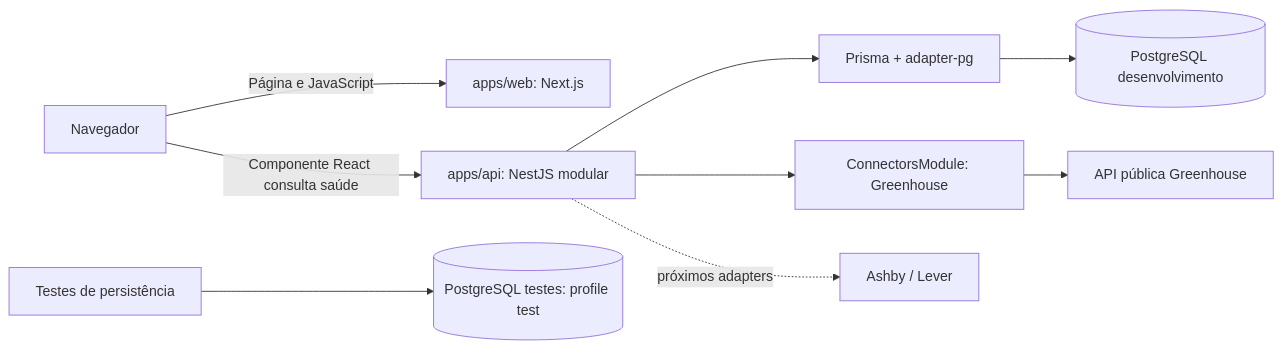
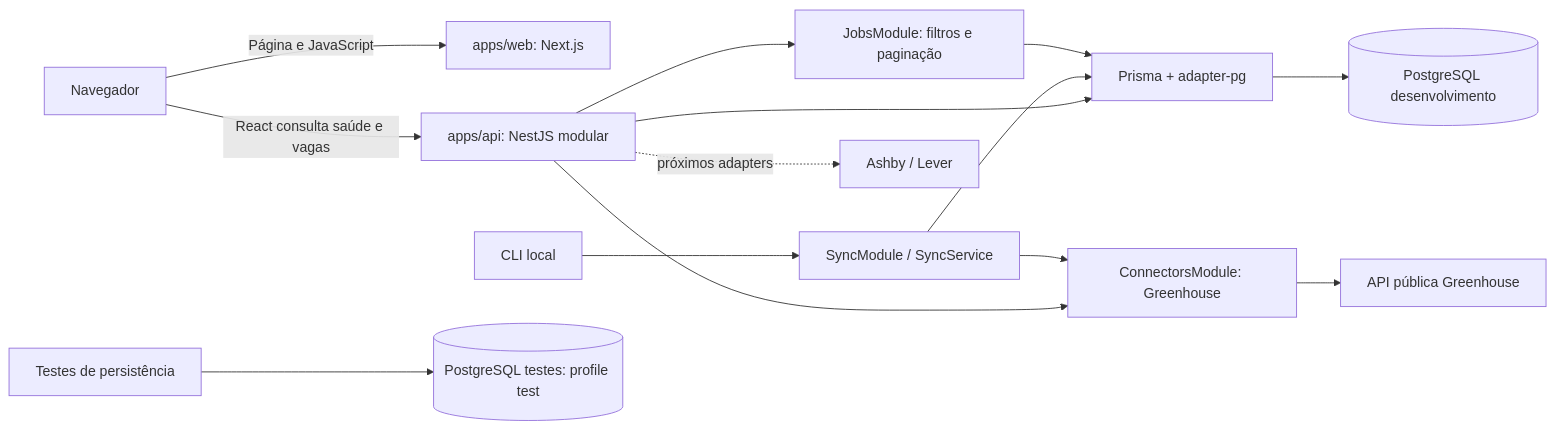
Before and after one commit to felipe-rodriguesz/InternRadar: the diagram in docs/architecture.md, drawn with Mermaid. The commit also changed other lines of this file and 10 other files, not shown here.

````diff
--- a/docs/architecture.md
+++ b/docs/architecture.md
@@ -5,11 +5,16 @@
 ```mermaid
 flowchart LR
   Browser[Navegador] -->|Página e JavaScript| Web[apps/web: Next.js]
-  Browser -->|Componente React consulta saúde| API[apps/api: NestJS modular]
+  Browser -->|React consulta saúde e vagas| API[apps/api: NestJS modular]
   API --> Prisma[Prisma + adapter-pg]
   Prisma --> DB[(PostgreSQL desenvolvimento)]
   API --> Connectors[ConnectorsModule: Greenhouse]
   Connectors --> Sources[API pública Greenhouse]
+  CLI[CLI local] --> Sync[SyncModule / SyncService]
+  Sync --> Connectors
+  Sync --> Prisma
+  API --> Jobs[JobsModule: filtros e paginação]
+  Jobs --> Prisma
   API -. próximos adapters .-> Future[Ashby / Lever]
   Tests[Testes de persistência] --> TestDB[(PostgreSQL testes: profile test)]
 ```
````
